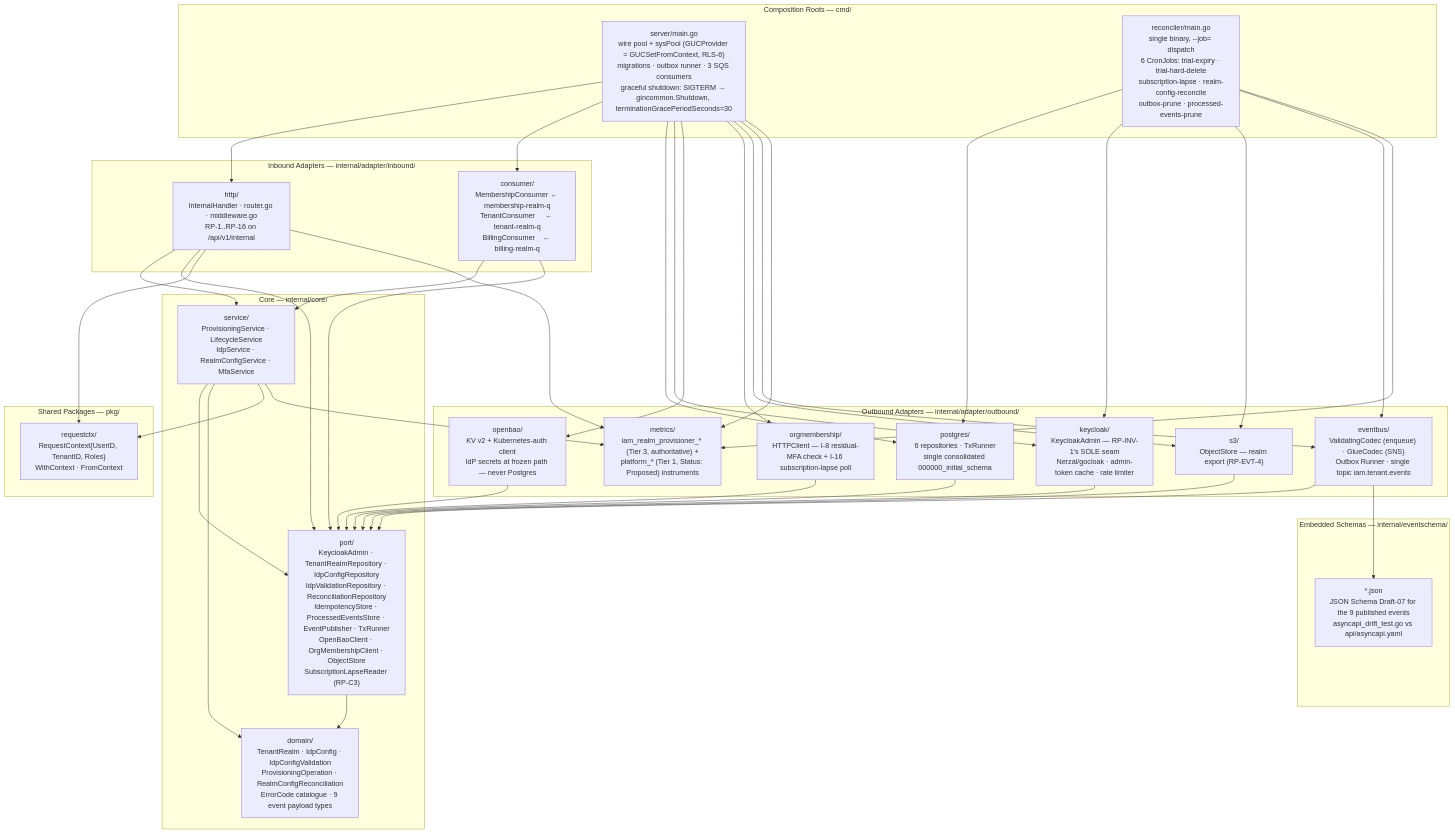
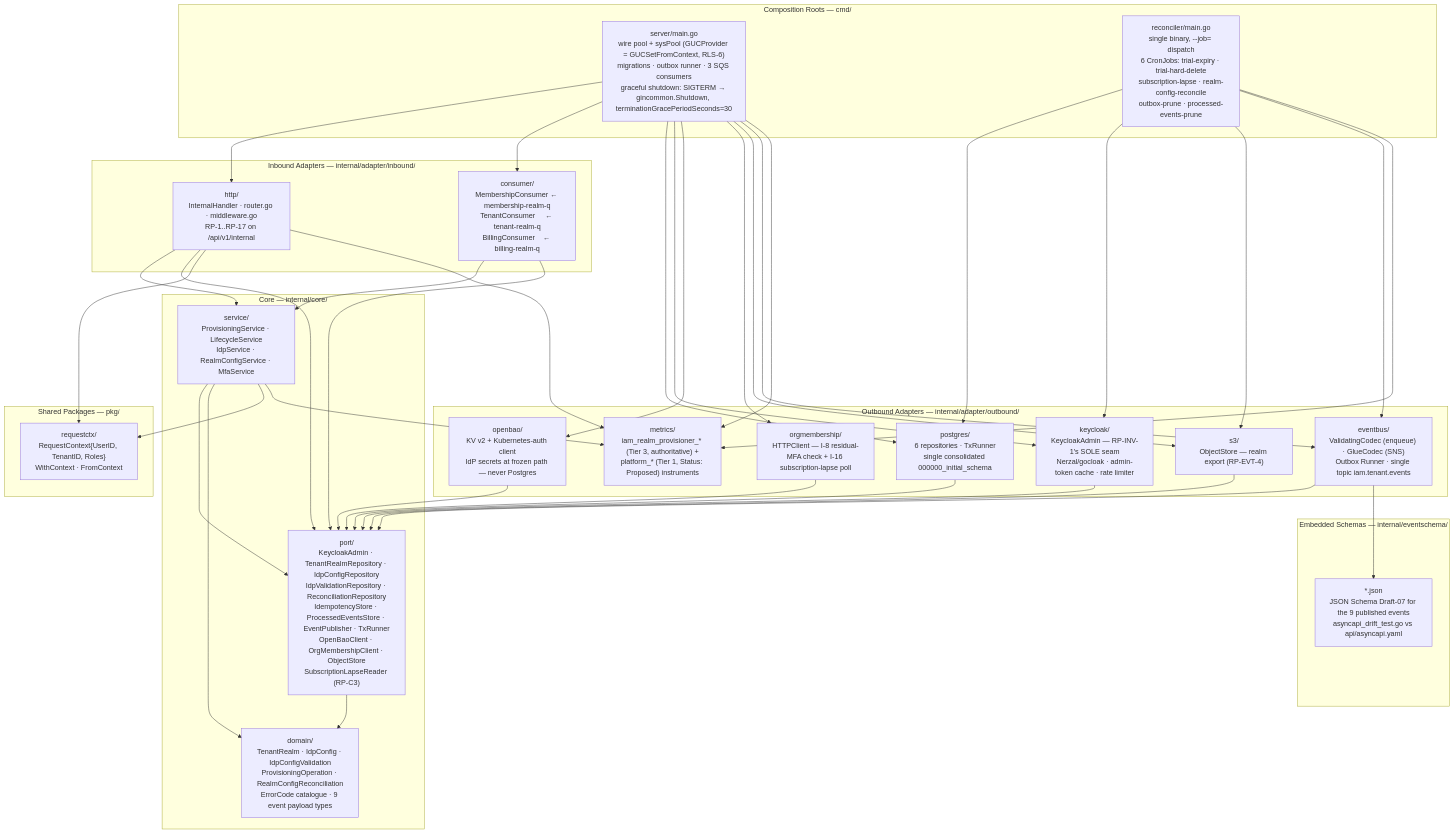
One commit to BCBP-SOLUTIONS-FZC-LLC/iam-realm-provisioner changed the first of 10 diagrams in ARCHITECTURE.md. Above: the diagram before and after it, drawn with Mermaid. The commit also changed other lines of this file and 47 other files, not shown here.

````diff
--- a/ARCHITECTURE.md
+++ b/ARCHITECTURE.md
@@ -17,69 +17,69 @@
 ```mermaid
 graph TD
     subgraph cmd["Composition Roots  —  cmd/"]
         main["server/main.go\nwire pool + sysPool (GUCProvider = GUCSetFromContext, RLS-6)\nmigrations · outbox runner · 3 SQS consumers\ngraceful shutdown: SIGTERM → gincommon.Shutdown, terminationGracePeriodSeconds=30"]
         reconciler["reconciler/main.go\nsingle binary, --job=<name> dispatch\n6 CronJobs: trial-expiry · trial-hard-delete\nsubscription-lapse · realm-config-reconcile\noutbox-prune · processed-events-prune"]
     end
 
     subgraph adapters_in["Inbound Adapters  —  internal/adapter/inbound/"]
-        http_h["http/\nInternalHandler · router.go · middleware.go\nRP-1..RP-16 on /api/v1/internal"]
+        http_h["http/\nInternalHandler · router.go · middleware.go\nRP-1..RP-17 on /api/v1/internal"]
         consumer["consumer/\nMembershipConsumer ← membership-realm-q\nTenantConsumer     ← tenant-realm-q\nBillingConsumer    ← billing-realm-q"]
     end
 
     subgraph adapters_out["Outbound Adapters  —  internal/adapter/outbound/"]
         postgres["postgres/\n6 repositories · TxRunner\nsingle consolidated 000000_initial_schema"]
         keycloak["keycloak/\nKeycloakAdmin — RP-INV-1's SOLE seam\nNerzal/gocloak · admin-token cache · rate limiter"]
         openbao["openbao/\nKV v2 + Kubernetes-auth client\nIdP secrets at frozen path — never Postgres"]
         orgmembership["orgmembership/\nHTTPClient — I-8 residual-MFA check + I-16 subscription-lapse poll"]
         s3["s3/\nObjectStore — realm export (RP-EVT-4)"]
         eventbus["eventbus/\nValidatingCodec (enqueue) · GlueCodec (SNS)\nOutbox Runner · single topic iam.tenant.events"]
         metrics["metrics/\niam_realm_provisioner_* (Tier 3, authoritative) +\nplatform_* (Tier 1, Status: Proposed) instruments"]
     end
 
     subgraph eventschema_grp["Embedded Schemas  —  internal/eventschema/"]
         eventschema["*.json\nJSON Schema Draft-07 for the 9 published events\nasyncapi_drift_test.go vs api/asyncapi.yaml"]
     end
 
     subgraph core["Core  —  internal/core/"]
         service["service/\nProvisioningService · LifecycleService\nIdpService · RealmConfigService · MfaService"]
         port["port/\nKeycloakAdmin · TenantRealmRepository · IdpConfigRepository\nIdpValidationRepository · ReconciliationRepository\nIdempotencyStore · ProcessedEventsStore · EventPublisher · TxRunner\nOpenBaoClient · OrgMembershipClient · ObjectStore\nSubscriptionLapseReader (RP-C3)"]
         domain["domain/\nTenantRealm · IdpConfig · IdpConfigValidation\nProvisioningOperation · RealmConfigReconciliation\nErrorCode catalogue · 9 event payload types"]
     end
 
     subgraph pkg["Shared Packages  —  pkg/"]
         requestctx["requestctx/\nRequestContext{UserID, TenantID, Roles}\nWithContext · FromContext"]
     end
 
     main        --> http_h
     main        --> consumer
     main        --> postgres
     main        --> keycloak
     main        --> openbao
     main        --> orgmembership
     main        --> s3
     main        --> eventbus
     main        --> metrics
     reconciler  --> postgres
     reconciler  --> keycloak
     reconciler  --> s3
     reconciler  --> eventbus
     reconciler  --> metrics
     http_h      --> service
     http_h      --> port
     http_h      --> requestctx
     http_h      --> metrics
     consumer    --> service
     consumer    --> port
     service     --> port
     service     --> domain
     service     --> requestctx
     service     --> metrics
     postgres    --> port
     keycloak    --> port
     openbao     --> port
     orgmembership --> port
     s3          --> port
     eventbus    --> port
     eventbus    --> eventschema
     port        --> domain
 ```
````
